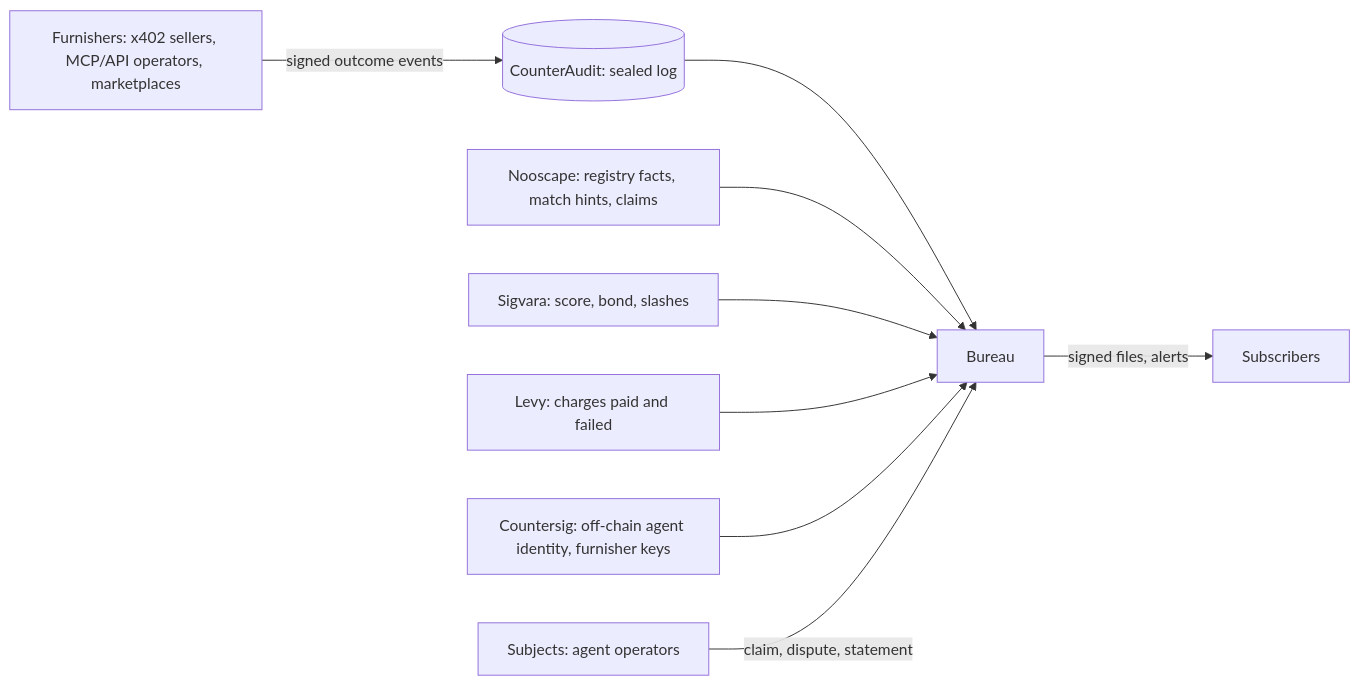
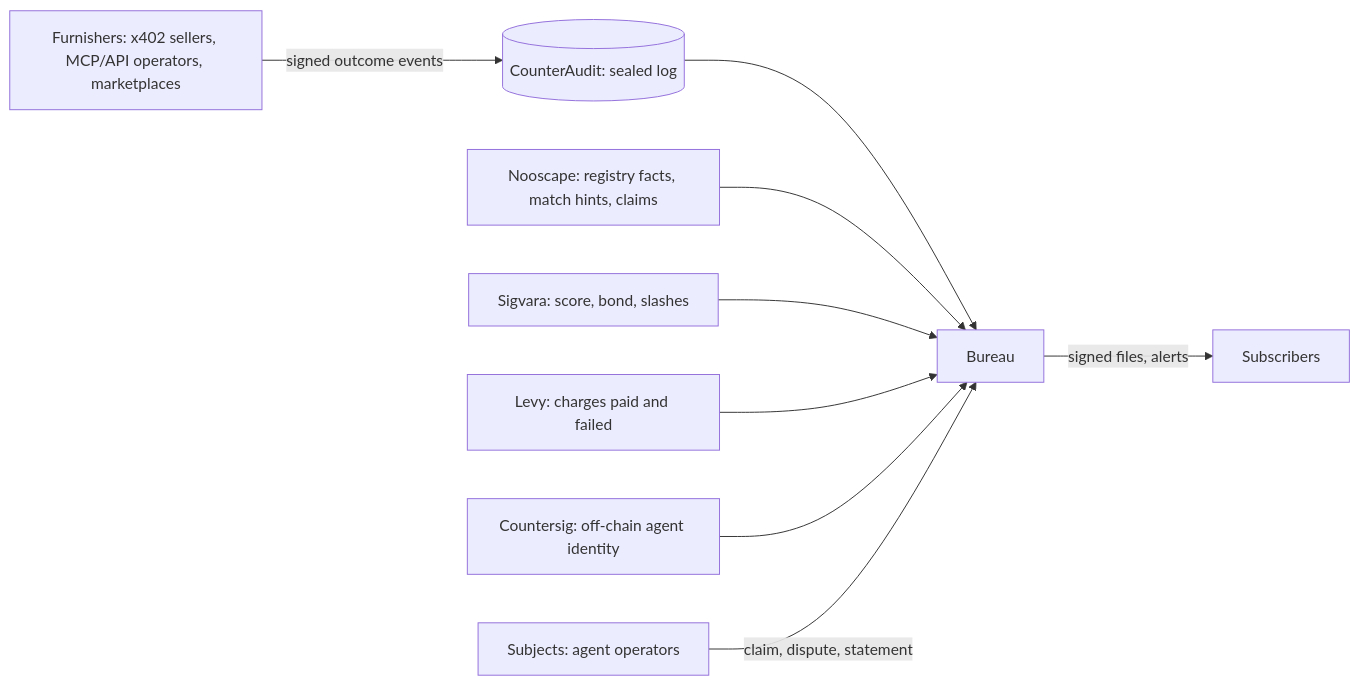
One commit to RunTimeAdmin/the-agent-bureau changed the diagram in docs/bureau-spec.md. Above: the diagram before and after it, drawn with Mermaid. The commit also changed other lines of this file and 2 other files, not shown here.

````diff
--- a/docs/bureau-spec.md
+++ b/docs/bureau-spec.md
@@ -61,11 +61,11 @@
 ```mermaid
 flowchart LR
   F["Furnishers: x402 sellers, MCP/API operators, marketplaces"] -->|signed outcome events| CA[("CounterAudit: sealed log")]
   CA --> B["Bureau"]
   N["Nooscape: registry facts, match hints, claims"] --> B
   S["Sigvara: score, bond, slashes"] --> B
   L["Levy: charges paid and failed"] --> B
-  C["Countersig: off-chain agent identity, furnisher keys"] --> B
+  C["Countersig: off-chain agent identity"] --> B
   B -->|signed files, alerts| SUB["Subscribers"]
   SUBJ["Subjects: agent operators"] -->|claim, dispute, statement| B
 ```
````
